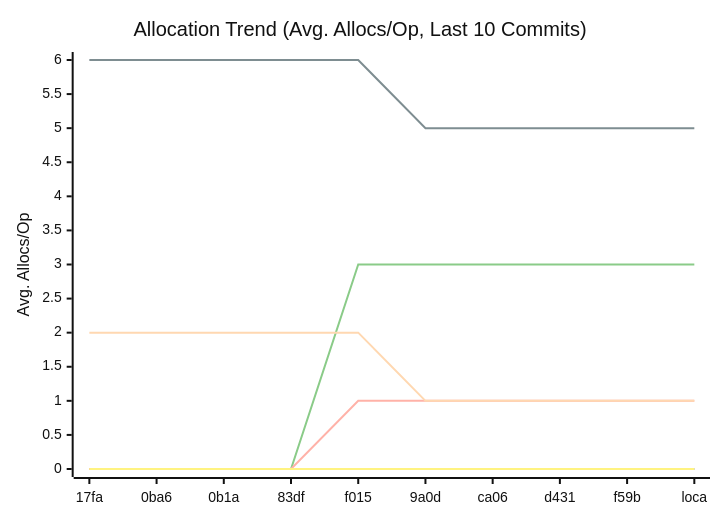
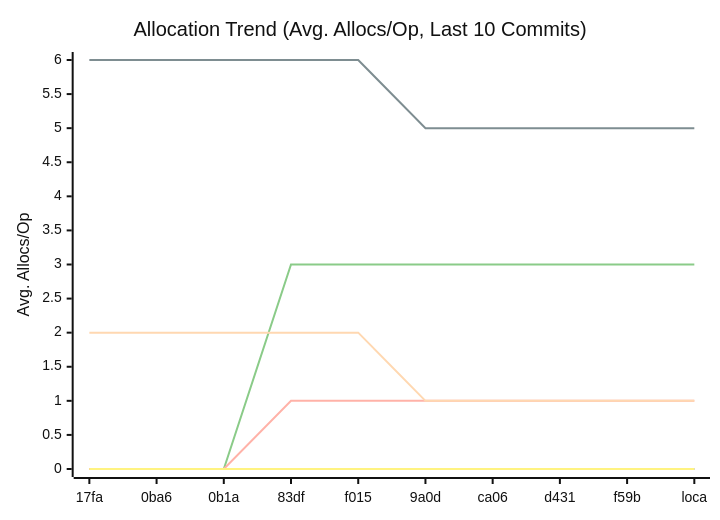
Before and after one commit to alsotoes/momo: the third of 3 diagrams in docs/PERFORMANCE.md, drawn with Mermaid (neutral theme). The commit also changed other lines of this file and 2 other files, not shown here.

````diff
--- a/docs/PERFORMANCE.md
+++ b/docs/PERFORMANCE.md
@@ -114,16 +114,16 @@
 ```mermaid
 xychart-beta
     title "Allocation Trend (Avg. Allocs/Op, Last 10 Commits)"
     x-axis "Commit"
     y-axis "Avg. Allocs/Op"
     x-axis [17fa,0ba6,0b1a,83df,f015,9a0d,ca06,d431,f59b,loca]
     line "CheckMetricsAndSwap" [0,0,0,0,0,0,0,0,0,0]
     line "CrushOptimized" [0,0,0,0,0,0,0,0,0,0]
-    line "CrushOriginal" [0,0,0,0,3,3,3,3,3,3]
+    line "CrushOriginal" [0,0,0,3,3,3,3,3,3,3]
     line "IndexDirectTracking" [0,0,0,0,0,0,0,0,0,0]
     line "IndexSearch" [0,0,0,0,0,0,0,0,0,0]
-    line "LoadGlobalConfig" [0,0,0,0,1,1,1,1,1,1]
+    line "LoadGlobalConfig" [0,0,0,1,1,1,1,1,1,1]
     line "PadString" [0,0,0,0,0,0,0,0,0,0]
     line "ParseReplicationOrder_NoPrealloc" [6,6,6,6,6,5,5,5,5,5]
     line "ParseReplicationOrder_Prealloc" [2,2,2,2,2,1,1,1,1,1]
 ```
````
